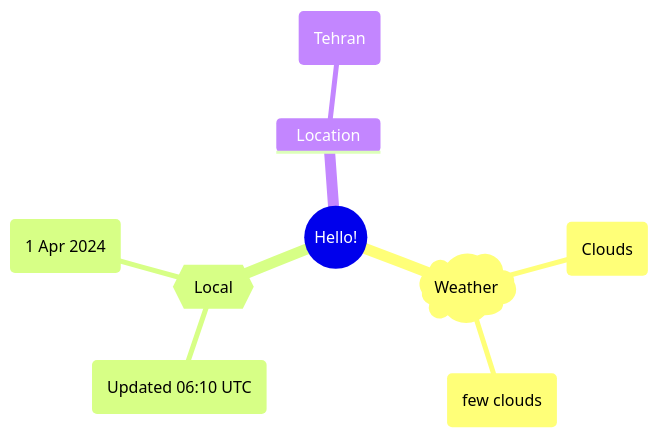
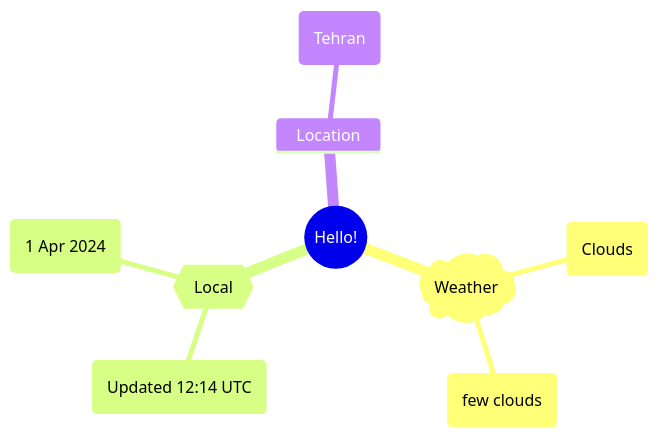
The first of 2 diagrams in README.md (Xosrov/Xosrov), drawn with Mermaid before and after one commit.

Commit message:
[bot] updated images

````diff
--- a/README.md
+++ b/README.md
@@ -3,12 +3,12 @@
 ```mermaid
 mindmap
   root((Hello!))
     )Weather(
         (Clouds)
         (few clouds)
     {{Local}}
-        (Updated 06:10 UTC)
+        (Updated 12:14 UTC)
         (1 Apr 2024)
     Location
         (Tehran)
 ```
````
